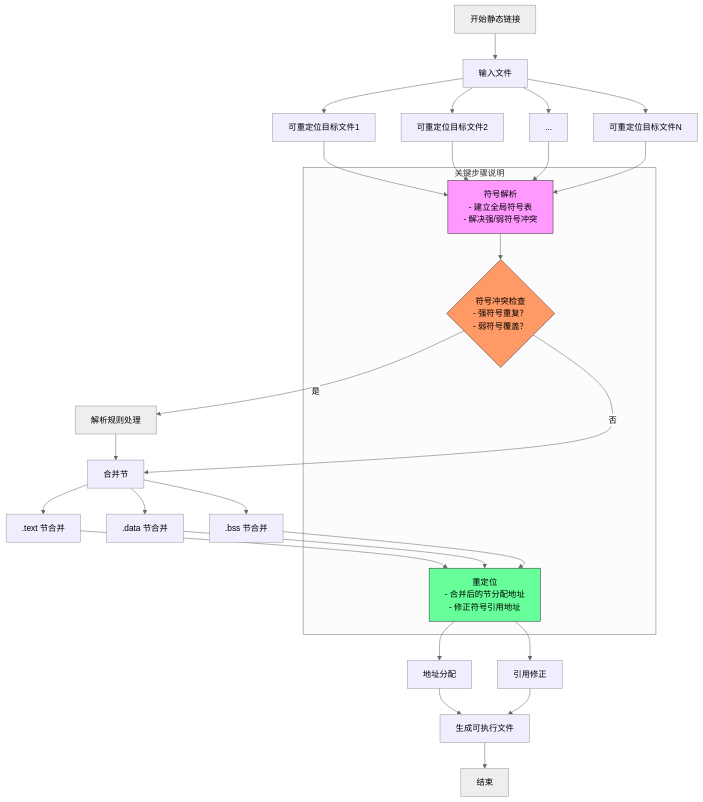
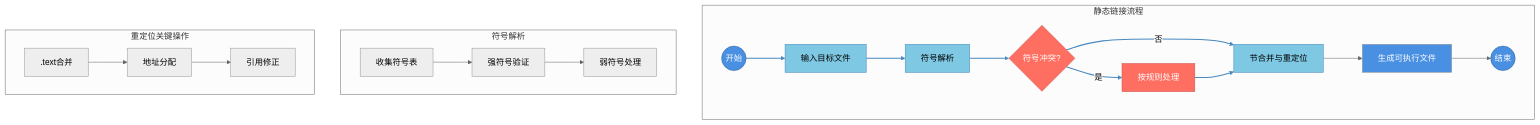
The diagram in week_01/day_05.md (cherry77-cloud/Rookie2024_04), drawn with Mermaid (neutral theme) before and after one commit.

````diff
--- a/week_01/day_05.md
+++ b/week_01/day_05.md
@@ -88,55 +88,41 @@
 ```mermaid
 graph TD
-    A[开始静态链接] --> B[输入文件]
-    B --> C[可重定位目标文件1]
-    B --> D[可重定位目标文件2]
-    B --> E[...]
-    B --> F[可重定位目标文件N]
+    subgraph 静态链接流程
+        A(("开始")) --> B[输入目标文件]
+        B --> C[符号解析]
+        C --> D{符号冲突?}
+        D -->|是| E[按规则处理]
+        D -->|否| F[节合并与重定位]
+        E --> F
+        F --> G[生成可执行文件]
+        G --> H(("结束"))
+    end
 
-    C --> G[符号解析]
-    D --> G
-    E --> G
-    F --> G
+    subgraph 符号解析
+        C1[收集符号表] --> C2[强符号验证]
+        C2 --> C3[弱符号处理]
+    end
 
-    G --> H{符号冲突?}
-    H -->|是| I[解析规则处理]
-    H -->|否| J[合并节]
+    subgraph 重定位关键操作
+        F1[.text合并] --> F2[地址分配]
+        F2 --> F3[引用修正]
+    end
 
-    I --> J
+    style A fill:#4A90E2,color:white
+    style H fill:#4A90E2,color:white
+    style B fill:#7EC8E3
+    style C fill:#7EC8E3
+    style D fill:#FF6F61,color:white
+    style E fill:#FF6F61,color:white
+    style F fill:#7EC8E3
+    style G fill:#4A90E2,color:white
 
-    J --> K[.text 节合并]
-    J --> L[.data 节合并]
-    J --> M[.bss 节合并]
+    classDef process fill:#7EC8E3,stroke:#4A89BF;
+    classDef decision fill:#FF6F61,stroke:#CC554F;
+    classDef terminal fill:#4A90E2,stroke:#2A6496;
+    class B,C,F process;
+    class D,E decision;
+    class A,H terminal;
 
-    K --> N[重定位]
-    L --> N
-    M --> N
-
-    N --> O[地址分配]
-    N --> P[引用修正]
-
-    O --> Q[生成可执行文件]
-    P --> Q
-
-    Q --> R[结束]
-
-    style G fill:#f9f,stroke:#333
-    style H fill:#f96,stroke:#333
-    style N fill:#6f9,stroke:#333
-
-    classDef process fill:#eef,stroke:#999;
-    class B,C,D,E,F,J,K,L,M,O,P,Q process;
-
-    %% 注释说明
-    subgraph 关键步骤说明
-        G["符号解析
-        - 建立全局符号表
-        - 解决强/弱符号冲突"]
-        H{"符号冲突检查
-        - 强符号重复？
-        - 弱符号覆盖？"}
-        N["重定位
-        - 合并后的节分配地址
-        - 修正符号引用地址"]
-    end
+    linkStyle 0,1,2,3,4,5 stroke:#4A89BF,stroke-width:2px;
 ```
````
